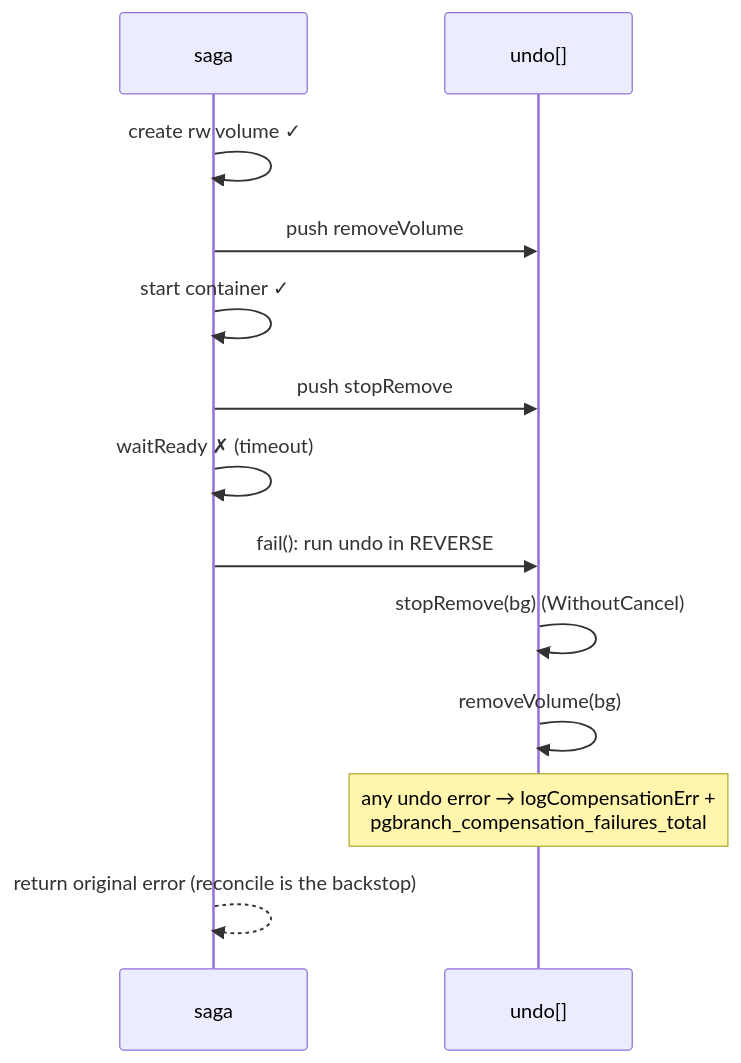
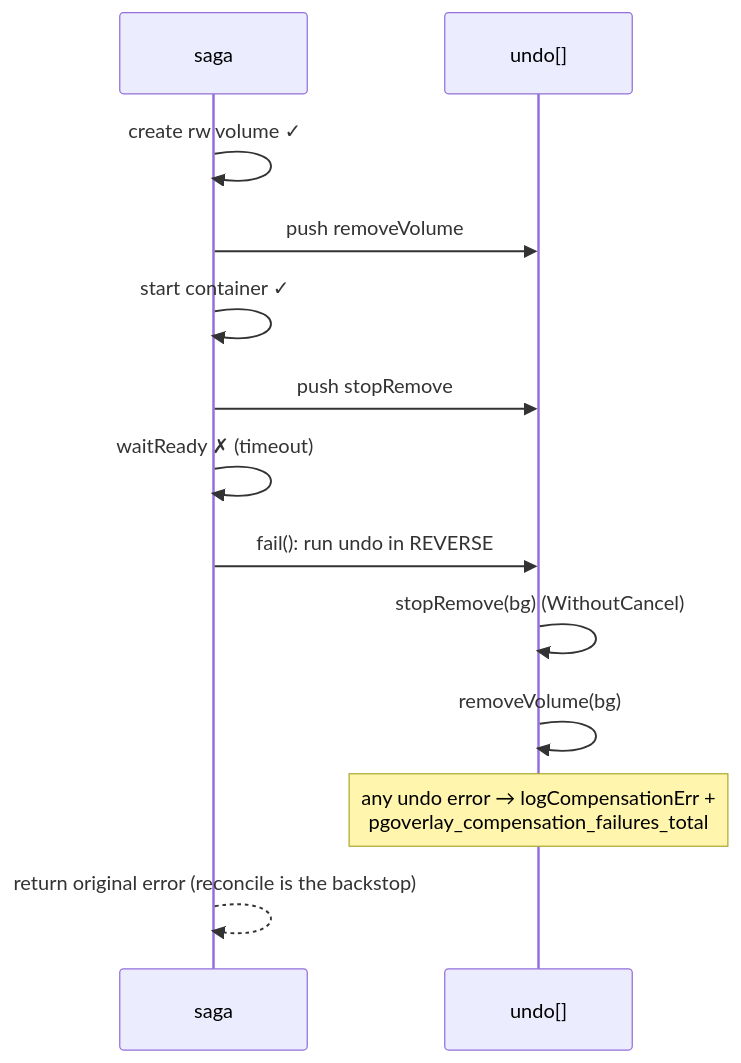
One commit to abd-ulbasit/pgoverlay changed the third of 3 diagrams in docs/deep-dives.md. Above: the diagram before and after it, drawn with Mermaid. The commit also changed other lines of this file and 159 other files, not shown here.

````diff
--- a/docs/deep-dives.md
+++ b/docs/deep-dives.md
@@ -288,15 +288,15 @@
 ```mermaid
 sequenceDiagram
     participant S as saga
     participant U as undo[]
     S->>S: create rw volume ✓
     S->>U: push removeVolume
     S->>S: start container ✓
     S->>U: push stopRemove
     S->>S: waitReady ✗ (timeout)
     S->>U: fail(): run undo in REVERSE
     U->>U: stopRemove(bg)  (WithoutCancel)
     U->>U: removeVolume(bg)
-    Note over U: any undo error → logCompensationErr +<br/>pgbranch_compensation_failures_total
+    Note over U: any undo error → logCompensationErr +<br/>pgoverlay_compensation_failures_total
     S-->>S: return original error (reconcile is the backstop)
 ```
````
